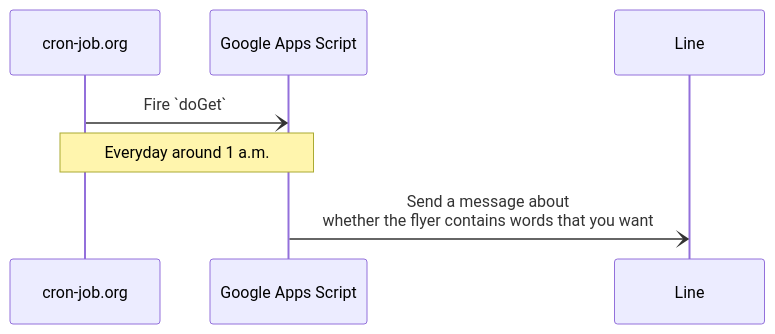
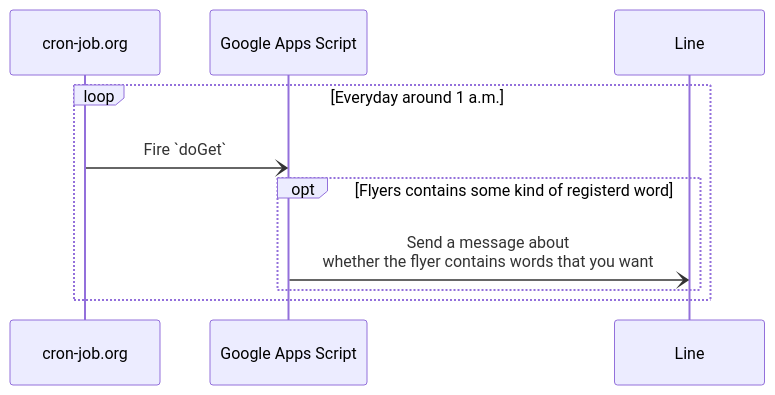
The diagram in README.md (nju33/tirashi-observer-bot), drawn with Mermaid before and after one commit. The commit also changed other lines of this file, not shown here.

````diff
--- a/README.md
+++ b/README.md
@@ -11,11 +11,14 @@
 ```mermaid
 sequenceDiagram
 
 participant Cron as cron-job.org
 participant GAS as Google Apps Script
 
-Cron -) GAS: Fire `doGet`
-Note over Cron, GAS: Everyday around 1 a.m.
+loop Everyday around 1 a.m.
+    Cron -) GAS: Fire `doGet`
 
-GAS -) Line: Send a message about<br />whether the flyer contains words that you want
+    opt Flyers contains some kind of registerd word
+        GAS -) Line: Send a message about<br />whether the flyer contains words that you want
+    end
+end
 ```
````
